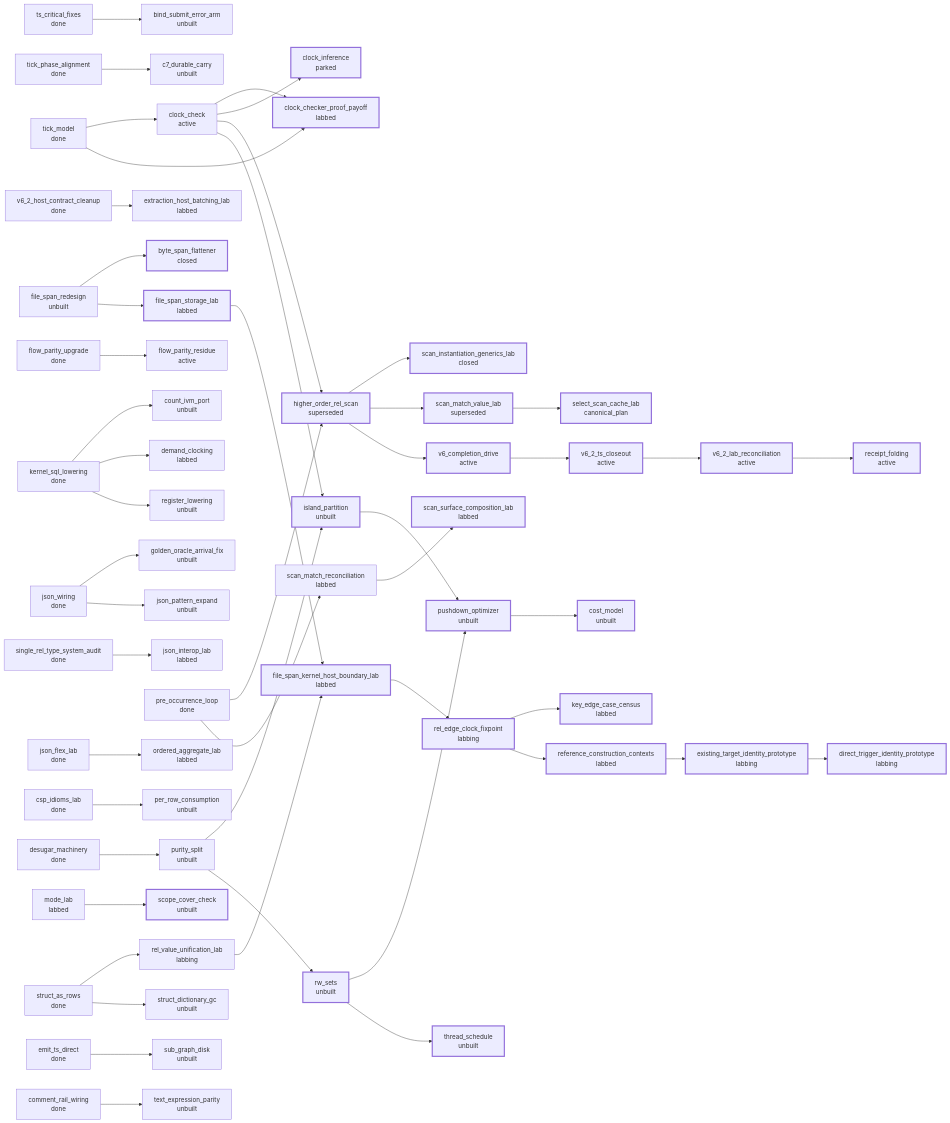
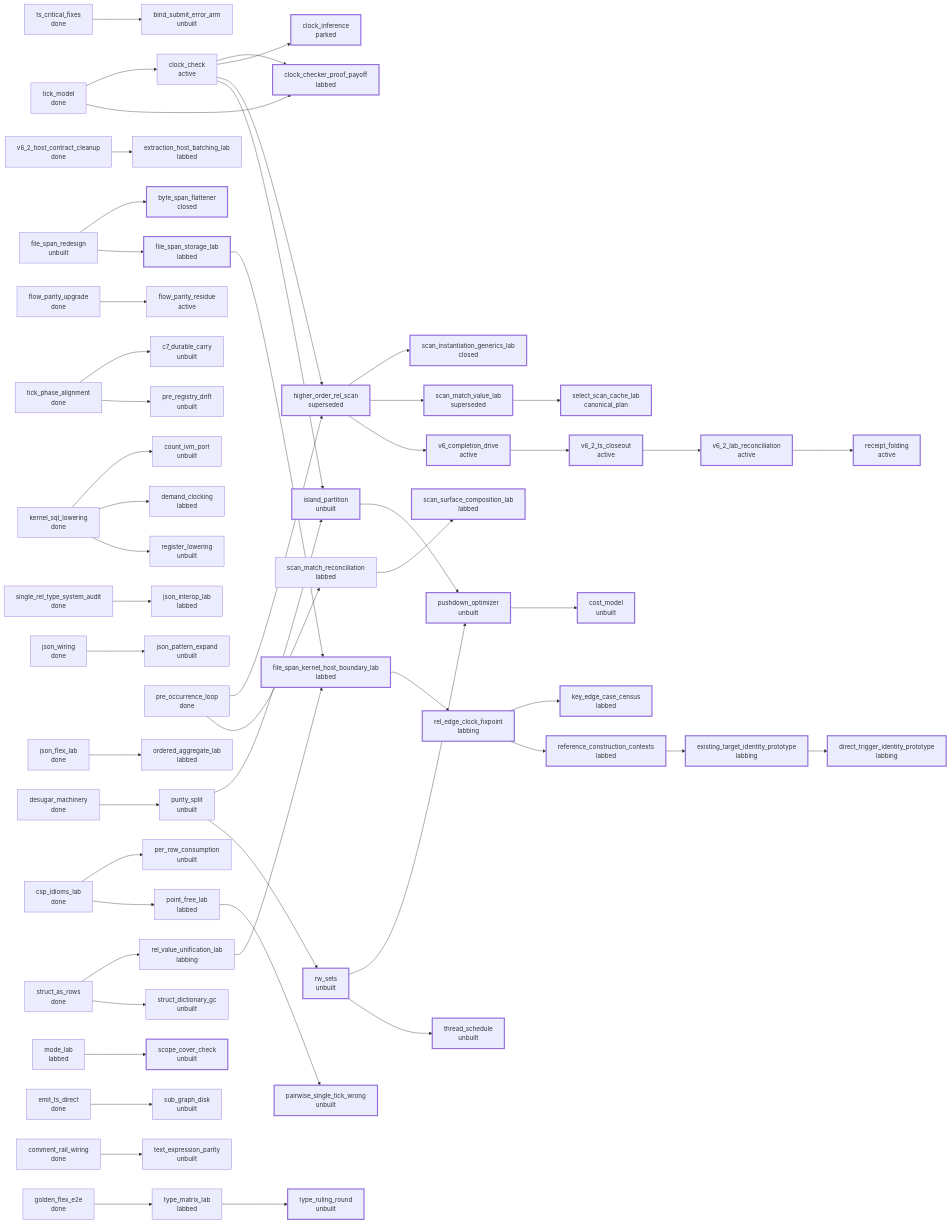
The third of 4 diagrams in v6/ARCH-MAP.md (hafley66/sprefa), drawn with Mermaid before and after one commit. The commit also changed other lines of this file and 9 other files, not shown here.

```diff
--- a/v6/ARCH-MAP.md
+++ b/v6/ARCH-MAP.md
@@ -184,7 +170,7 @@
   t_file_span_storage_lab["file_span_storage_lab<br/>labbed"]
   t_flow_parity_residue["flow_parity_residue<br/>active"]
   t_flow_parity_upgrade["flow_parity_upgrade<br/>done"]
-  t_golden_oracle_arrival_fix["golden_oracle_arrival_fix<br/>unbuilt"]
+  t_golden_flex_e2e["golden_flex_e2e<br/>done"]
   t_higher_order_rel_scan["higher_order_rel_scan<br/>superseded"]
   t_island_partition["island_partition<br/>unbuilt"]
   t_json_flex_lab["json_flex_lab<br/>done"]
@@ -195,8 +181,11 @@
   t_key_edge_case_census["key_edge_case_census<br/>labbed"]
   t_mode_lab["mode_lab<br/>labbed"]
   t_ordered_aggregate_lab["ordered_aggregate_lab<br/>labbed"]
+  t_pairwise_single_tick_wrong["pairwise_single_tick_wrong<br/>unbuilt"]
   t_per_row_consumption["per_row_consumption<br/>unbuilt"]
+  t_point_free_lab["point_free_lab<br/>labbed"]
   t_pre_occurrence_loop["pre_occurrence_loop<br/>done"]
+  t_pre_registry_drift["pre_registry_drift<br/>unbuilt"]
   t_purity_split["purity_split<br/>unbuilt"]
   t_pushdown_optimizer["pushdown_optimizer<br/>unbuilt"]
   t_receipt_folding["receipt_folding<br/>active"]
@@ -220,6 +209,8 @@
   t_tick_model["tick_model<br/>done"]
   t_tick_phase_alignment["tick_phase_alignment<br/>done"]
   t_ts_critical_fixes["ts_critical_fixes<br/>done"]
+  t_type_matrix_lab["type_matrix_lab<br/>labbed"]
+  t_type_ruling_round["type_ruling_round<br/>unbuilt"]
   t_v6_2_host_contract_cleanup["v6_2_host_contract_cleanup<br/>done"]
   t_v6_2_lab_reconciliation["v6_2_lab_reconciliation<br/>active"]
   t_v6_2_ts_closeout["v6_2_ts_closeout<br/>active"]
@@ -230,6 +221,7 @@
   t_clock_check --> t_island_partition
   t_comment_rail_wiring --> t_text_expression_parity
   t_csp_idioms_lab --> t_per_row_consumption
+  t_csp_idioms_lab --> t_point_free_lab
   t_desugar_machinery --> t_purity_split
   t_emit_ts_direct --> t_sub_graph_disk
   t_existing_target_identity_prototype --> t_direct_trigger_identity_prototype
@@ -238,17 +230,18 @@
   t_file_span_redesign --> t_file_span_storage_lab
   t_file_span_storage_lab --> t_file_span_kernel_host_boundary_lab
   t_flow_parity_upgrade --> t_flow_parity_residue
+  t_golden_flex_e2e --> t_type_matrix_lab
   t_higher_order_rel_scan --> t_scan_instantiation_generics_lab
   t_higher_order_rel_scan --> t_scan_match_value_lab
   t_higher_order_rel_scan --> t_v6_completion_drive
   t_island_partition --> t_pushdown_optimizer
   t_json_flex_lab --> t_ordered_aggregate_lab
-  t_json_wiring --> t_golden_oracle_arrival_fix
   t_json_wiring --> t_json_pattern_expand
   t_kernel_sql_lowering --> t_count_ivm_port
   t_kernel_sql_lowering --> t_demand_clocking
   t_kernel_sql_lowering --> t_register_lowering
   t_mode_lab --> t_scope_cover_check
+  t_point_free_lab --> t_pairwise_single_tick_wrong
   t_pre_occurrence_loop --> t_higher_order_rel_scan
   t_pre_occurrence_loop --> t_scan_match_reconciliation
   t_purity_split --> t_island_partition
@@ -268,7 +261,9 @@
   t_tick_model --> t_clock_check
   t_tick_model --> t_clock_checker_proof_payoff
   t_tick_phase_alignment --> t_c7_durable_carry
+  t_tick_phase_alignment --> t_pre_registry_drift
   t_ts_critical_fixes --> t_bind_submit_error_arm
+  t_type_matrix_lab --> t_type_ruling_round
   t_v6_2_host_contract_cleanup --> t_extraction_host_batching_lab
   t_v6_2_lab_reconciliation --> t_receipt_folding
   t_v6_2_ts_closeout --> t_v6_2_lab_reconciliation
@@ -285,6 +280,7 @@
   class t_higher_order_rel_scan blocked
   class t_island_partition blocked
   class t_key_edge_case_census blocked
+  class t_pairwise_single_tick_wrong blocked
   class t_pushdown_optimizer blocked
   class t_receipt_folding blocked
   class t_reference_construction_contexts blocked
@@ -296,6 +292,7 @@
   class t_scope_cover_check blocked
   class t_select_scan_cache_lab blocked
   class t_thread_schedule blocked
+  class t_type_ruling_round blocked
   class t_v6_2_lab_reconciliation blocked
   class t_v6_2_ts_closeout blocked
   class t_v6_completion_drive blocked
```
